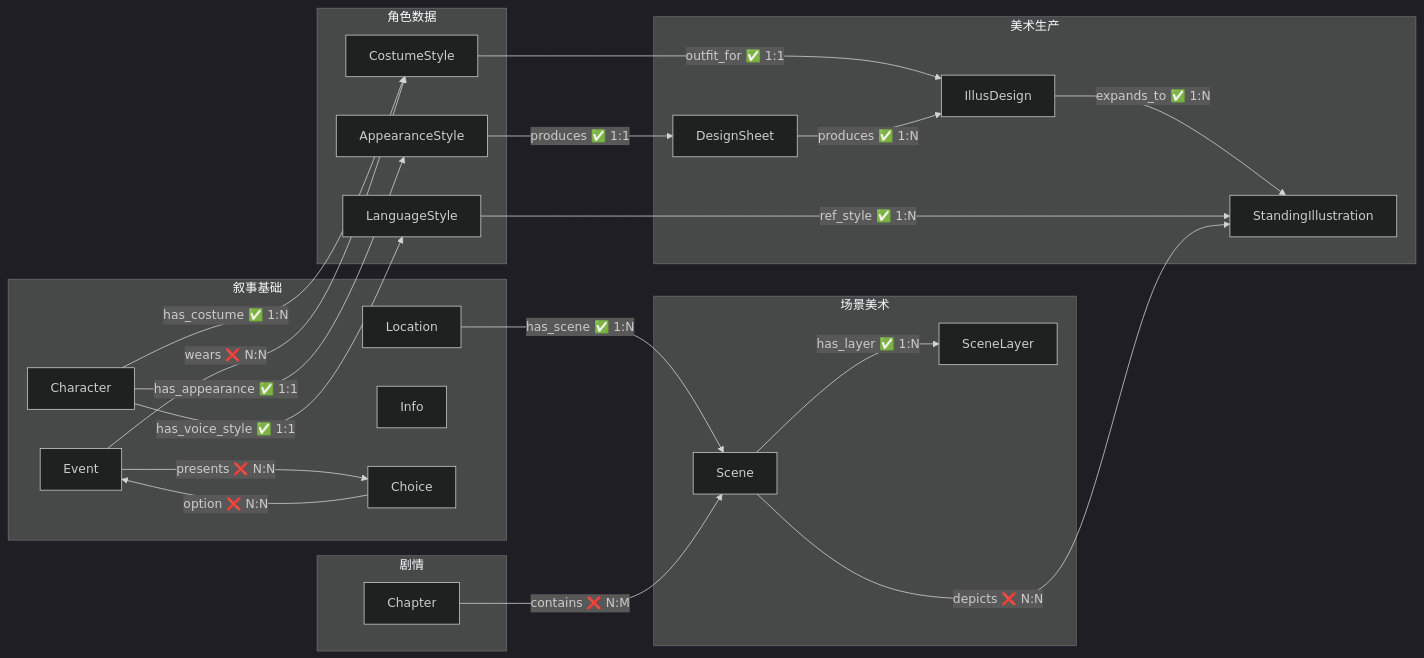
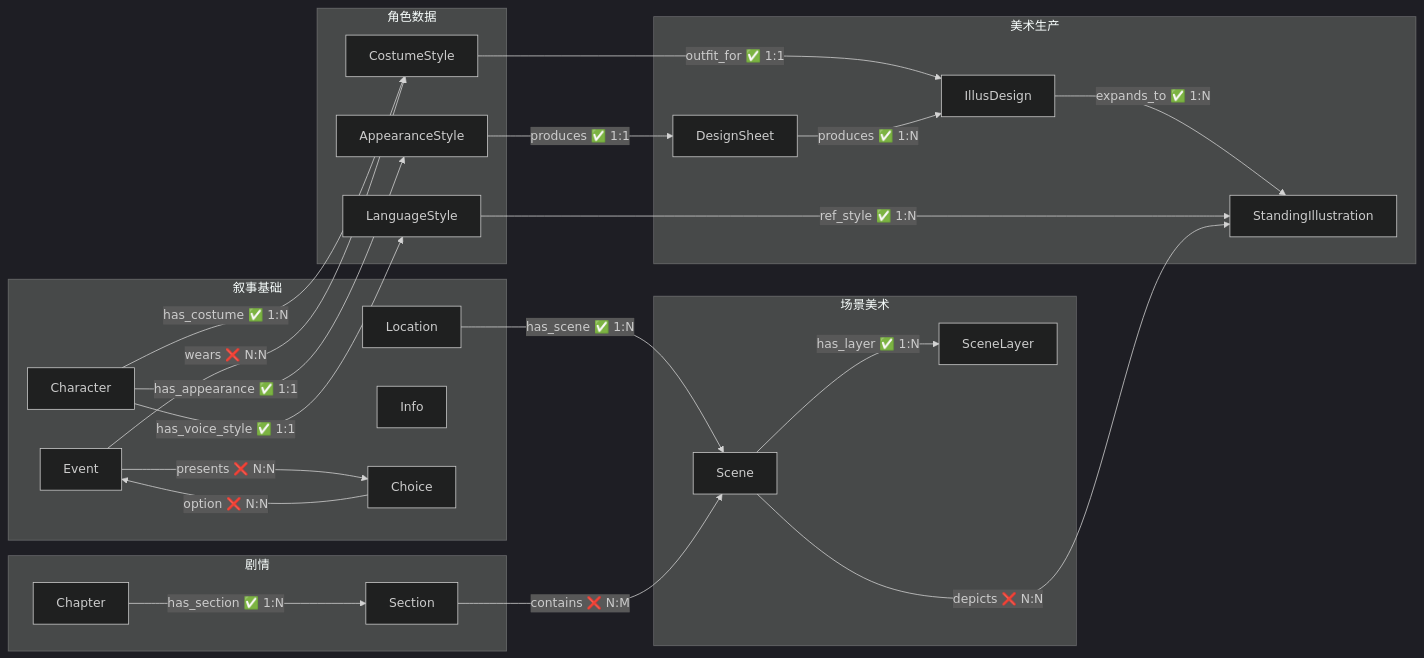
The diagram in 00_init/Schema总览.md (CrazyJinn/OtheredGlass), drawn with Mermaid (dark theme) before and after one commit. The commit also changed other lines of this file and 25 other files, not shown here.

````diff
--- a/00_init/Schema总览.md
+++ b/00_init/Schema总览.md
@@ -84,47 +86,49 @@
 ```mermaid
 flowchart LR
     subgraph 叙事["叙事基础"]
         Character["Character"]
         Event["Event"]
         Location["Location"]
         Info["Info"]
         Choice["Choice"]
     end
 
     subgraph 角色数据["角色数据"]
         Appearance["AppearanceStyle"]
         Costume["CostumeStyle"]
         Language["LanguageStyle"]
     end
 
     subgraph 美术生产["美术生产"]
         DesignSheet["DesignSheet"]
         IllusDesign["IllusDesign"]
         StandingIllus["StandingIllustration"]
     end
 
     subgraph 场景美术["场景美术"]
         Scene["Scene"]
         SceneLayer["SceneLayer"]
     end
 
     subgraph 剧情["剧情"]
         Chapter["Chapter"]
+        Section["Section"]
     end
 
     Character -->|"has_appearance ✅ 1:1"| Appearance
     Character -->|"has_costume ✅ 1:N"| Costume
     Character -->|"has_voice_style ✅ 1:1"| Language
     Appearance -->|"produces ✅ 1:1"| DesignSheet
     Costume -->|"outfit_for ✅ 1:1"| IllusDesign
     DesignSheet -->|"produces ✅ 1:N"| IllusDesign
     Event -->|"wears ❌ N:N"| Costume
     Event -->|"presents ❌ N:N"| Choice
     Choice -->|"option ❌ N:N"| Event
     IllusDesign -->|"expands_to ✅ 1:N"| StandingIllus
     Language -->|"ref_style ✅ 1:N"| StandingIllus
     Location -->|"has_scene ✅ 1:N"| Scene
     Scene -->|"has_layer ✅ 1:N"| SceneLayer
-    Chapter -->|"contains ❌ N:M"| Scene
+    Chapter -->|"has_section ✅ 1:N"| Section
+    Section -->|"contains ❌ N:M"| Scene
     Scene -->|"depicts ❌ N:N"| StandingIllus
 ```
````
